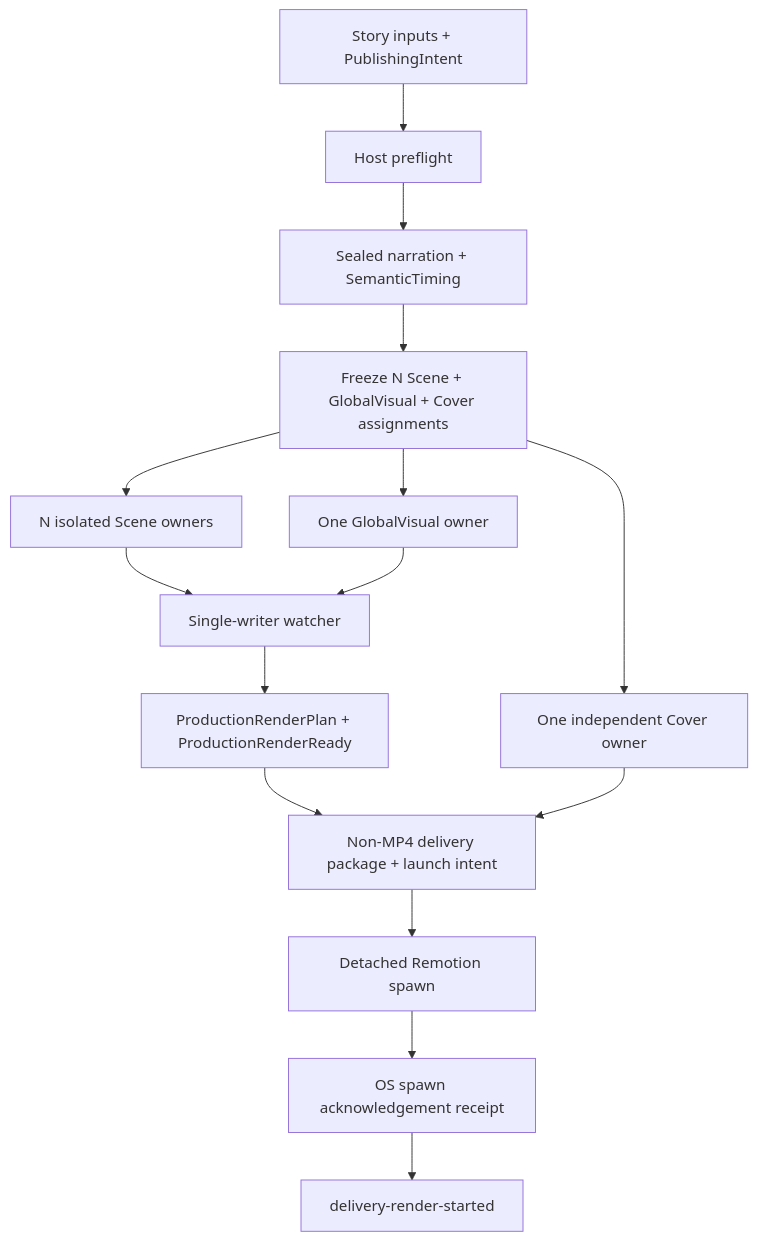
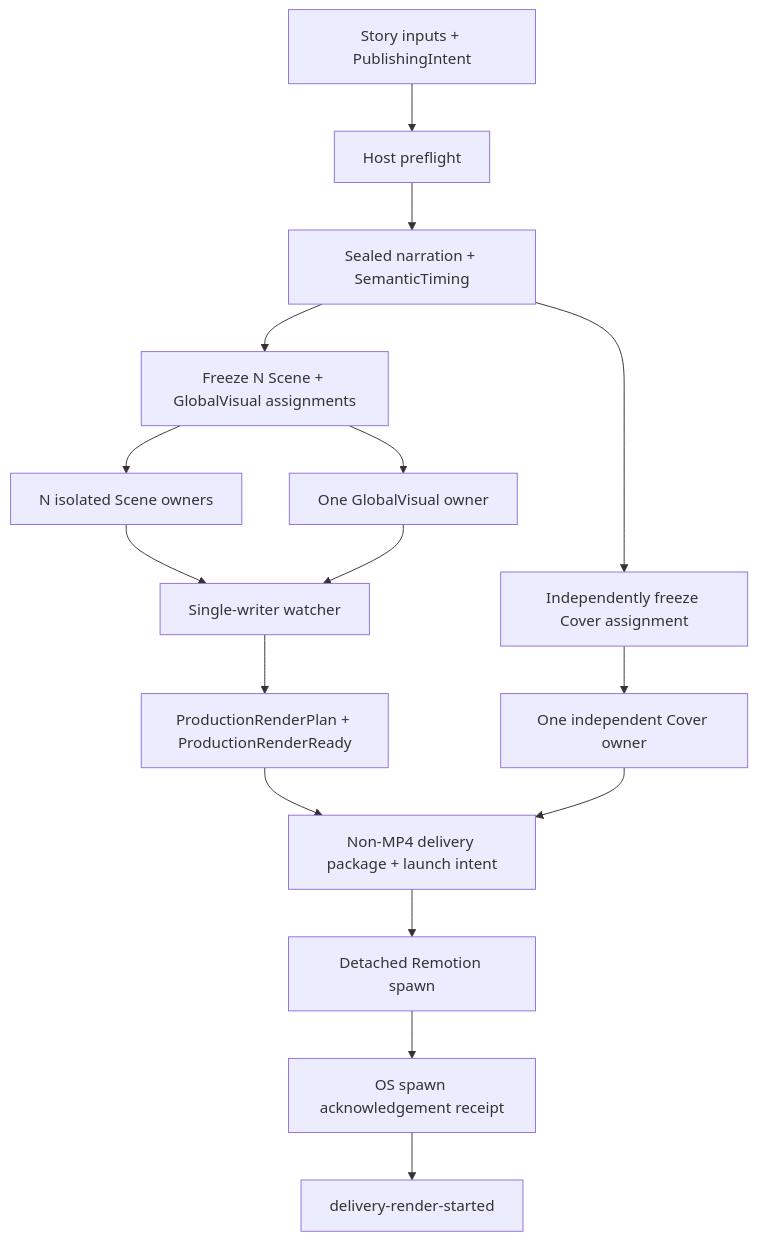
The diagram in docs/PRODUCTION_WORKFLOW.md (AXMORF/axmorf-studio), drawn with Mermaid before and after one commit. The commit also changed 18 other files, not shown here.

````diff
--- a/docs/PRODUCTION_WORKFLOW.md
+++ b/docs/PRODUCTION_WORKFLOW.md
@@ -9,17 +9,18 @@
 ```mermaid
 flowchart TD
     Inputs["Story inputs + PublishingIntent"] --> Preflight["Host preflight"]
     Preflight --> Narrative["Sealed narration + SemanticTiming"]
-    Narrative --> Freeze["Freeze N Scene + GlobalVisual + Cover assignments"]
-    Freeze --> Scenes["N isolated Scene owners"]
-    Freeze --> Global["One GlobalVisual owner"]
-    Freeze --> Cover["One independent Cover owner"]
+    Narrative --> ProductionFreeze["Freeze N Scene + GlobalVisual assignments"]
+    Narrative --> CoverFreeze["Independently freeze Cover assignment"]
+    ProductionFreeze --> Scenes["N isolated Scene owners"]
+    ProductionFreeze --> Global["One GlobalVisual owner"]
+    CoverFreeze --> Cover["One independent Cover owner"]
     Scenes --> Watcher["Single-writer watcher"]
     Global --> Watcher
     Watcher --> Ready["ProductionRenderPlan + ProductionRenderReady"]
     Ready --> Package["Non-MP4 delivery package + launch intent"]
     Cover --> Package
     Package --> Spawn["Detached Remotion spawn"]
     Spawn --> Receipt["OS spawn acknowledgement receipt"]
     Receipt --> Endpoint["delivery-render-started"]
 ```
````
